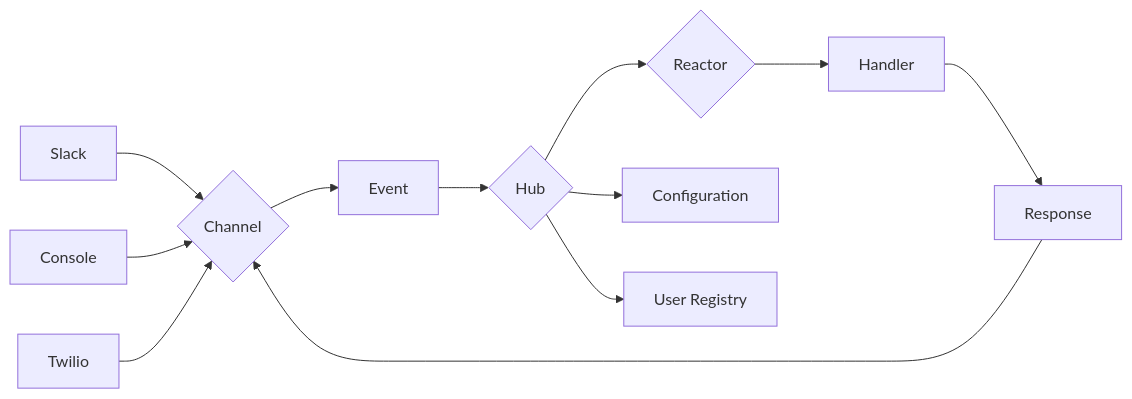
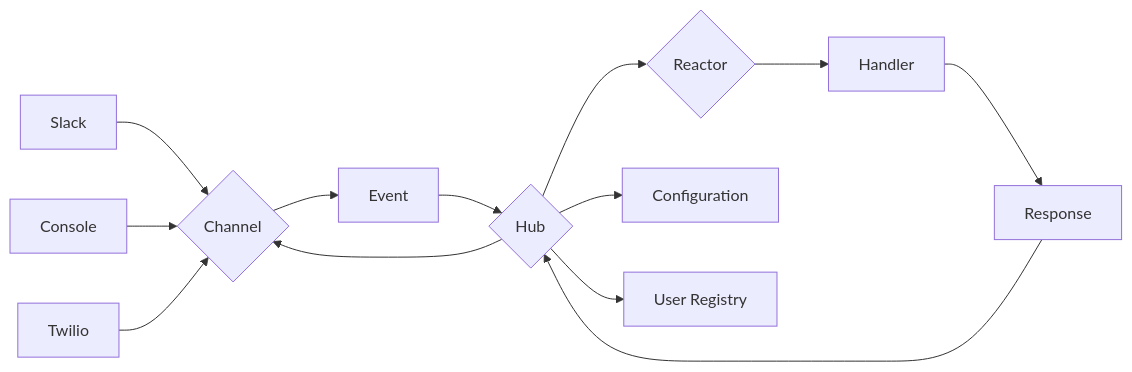
The diagram in README.md (RashaMou/igor), drawn with Mermaid before and after one commit. The commit also changed other lines of this file, not shown here.

````diff
--- a/README.md
+++ b/README.md
@@ -80,14 +45,15 @@
 ```mermaid
 graph LR
     A[Slack] --> C{Channel}
     B[Console] --> C
     D[Twilio] --> C
     C --> E[Event]
     E --> F{Hub}
     F --> G{Reactor}
     G --> H[Handler]
     H --> I[Response]
-    I --> C
+    I --> F
+    F --> C
     F --> J[Configuration]
     F --> K[User Registry]
 ```
````
